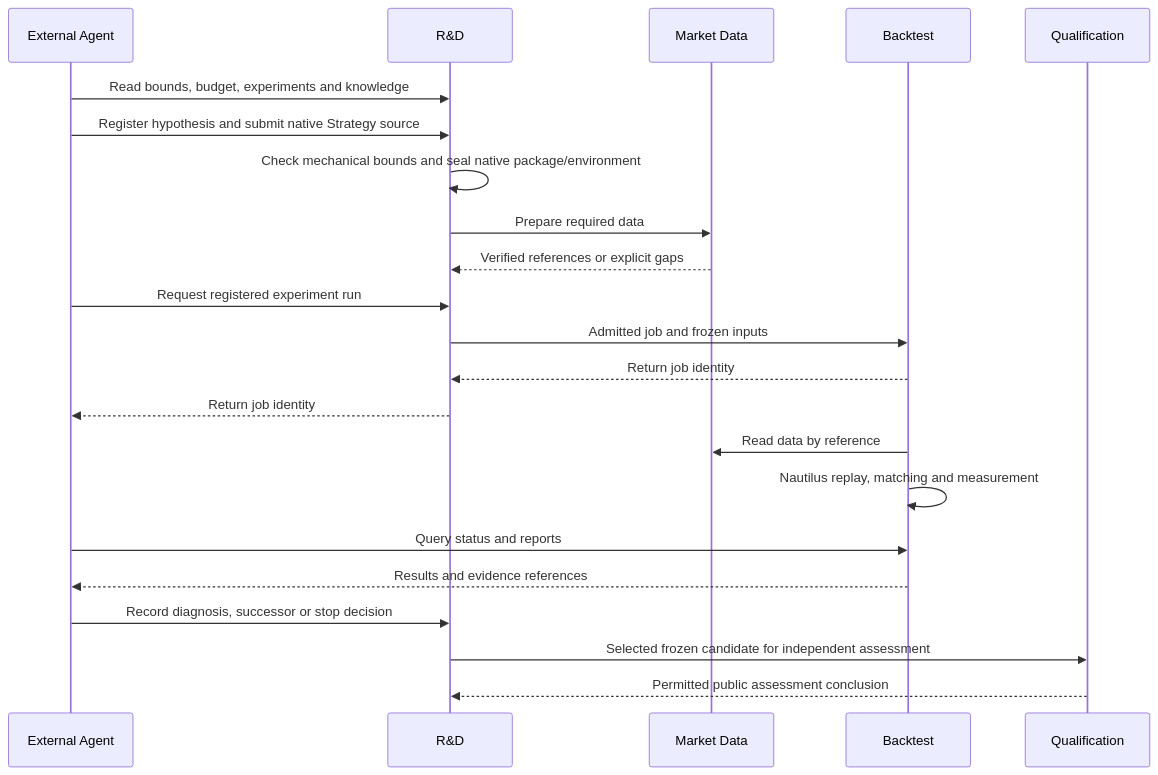
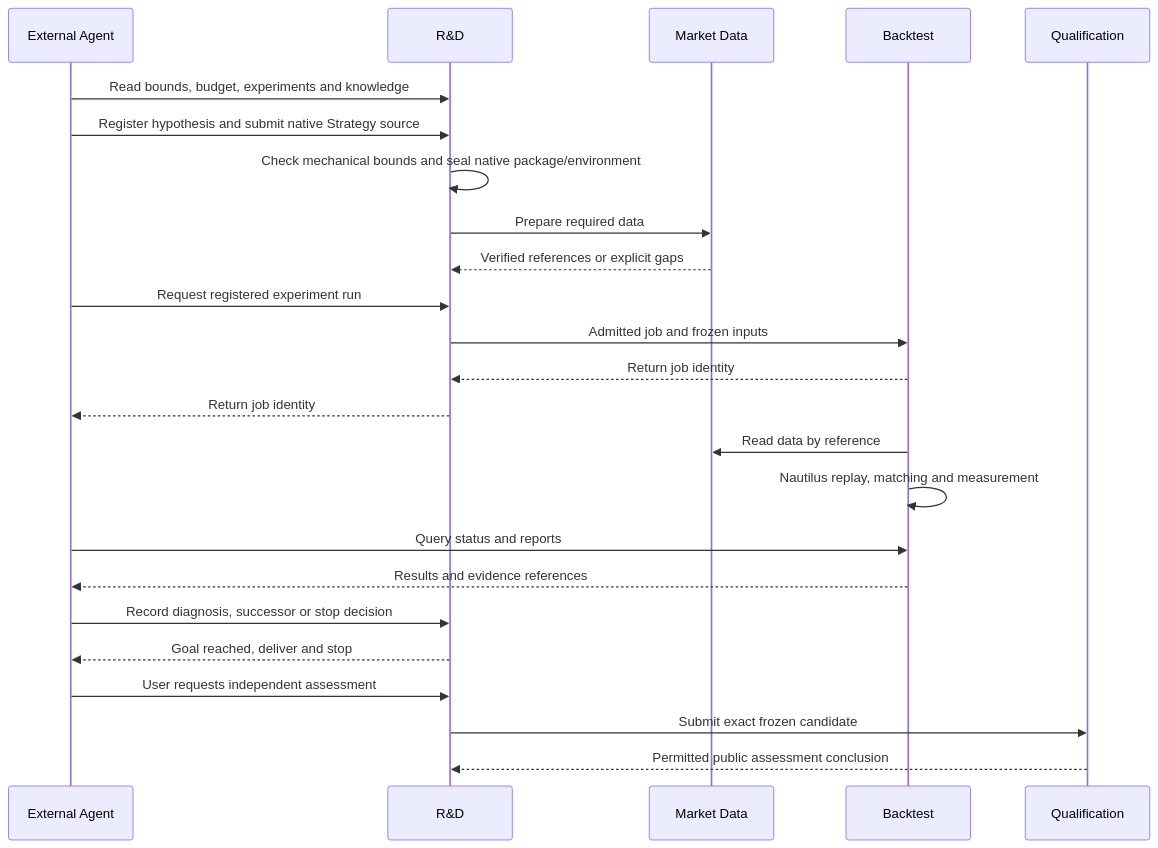
The third of 5 diagrams in docs/architecture/index.md (qOeOp/trade), drawn with Mermaid before and after one commit. The commit also changed other lines of this file and 57 other files, not shown here.

Commit message:
docs(architecture): align unified blueprint with native Nautilus capabilities

````diff
--- a/docs/architecture/index.md
+++ b/docs/architecture/index.md
@@ -819,24 +819,26 @@
 ```mermaid
 sequenceDiagram
     participant A as External Agent
     participant R as R&D
     participant M as Market Data
     participant B as Backtest
     participant Q as Qualification
     A->>R: Read bounds, budget, experiments and knowledge
     A->>R: Register hypothesis and submit native Strategy source
     R->>R: Check mechanical bounds and seal native package/environment
     R->>M: Prepare required data
     M-->>R: Verified references or explicit gaps
     A->>R: Request registered experiment run
     R->>B: Admitted job and frozen inputs
     B-->>R: Return job identity
     R-->>A: Return job identity
     B->>M: Read data by reference
     B->>B: Nautilus replay, matching and measurement
     A->>B: Query status and reports
     B-->>A: Results and evidence references
     A->>R: Record diagnosis, successor or stop decision
-    R->>Q: Selected frozen candidate for independent assessment
+    R-->>A: Goal reached, deliver and stop
+    A->>R: User requests independent assessment
+    R->>Q: Submit exact frozen candidate
     Q-->>R: Permitted public assessment conclusion
 ```
````
